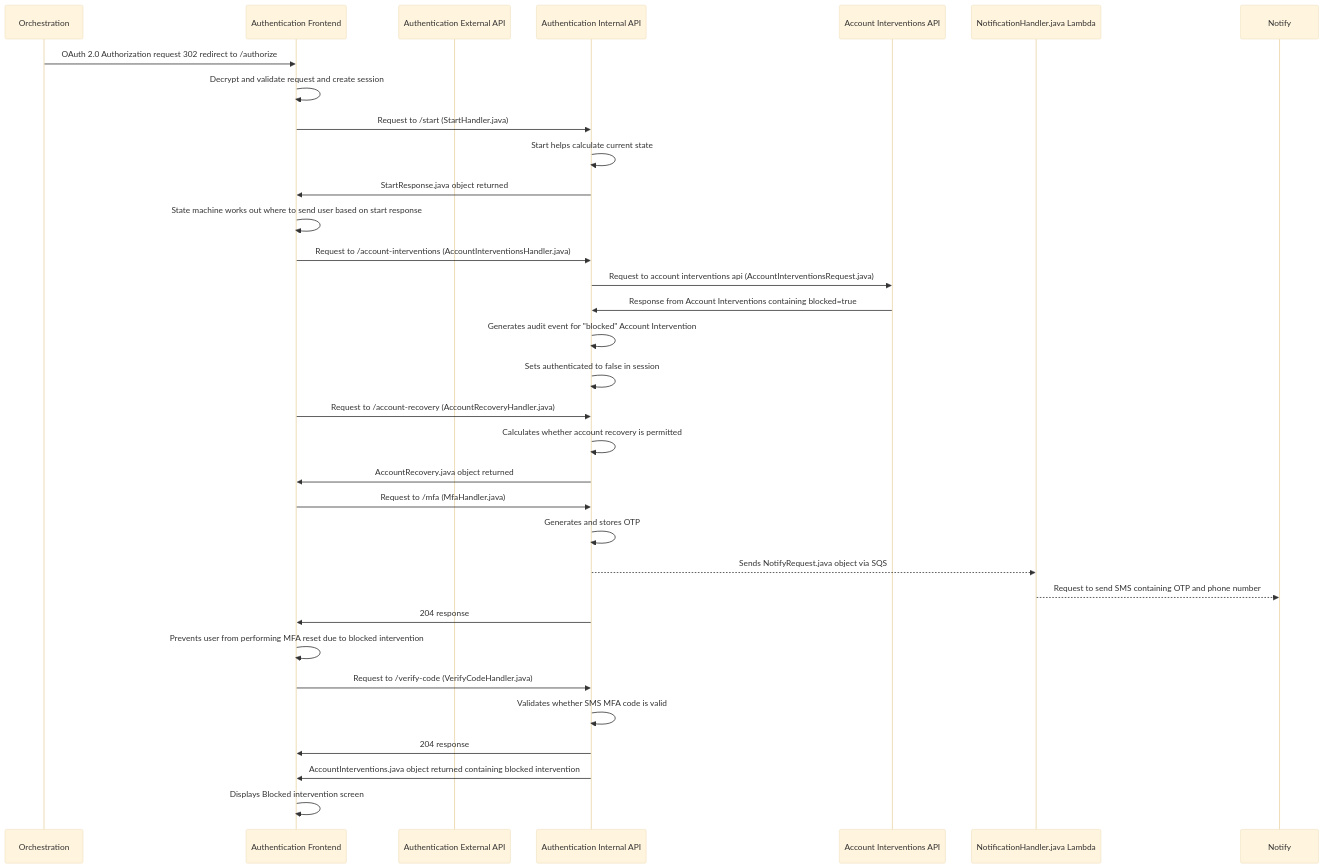
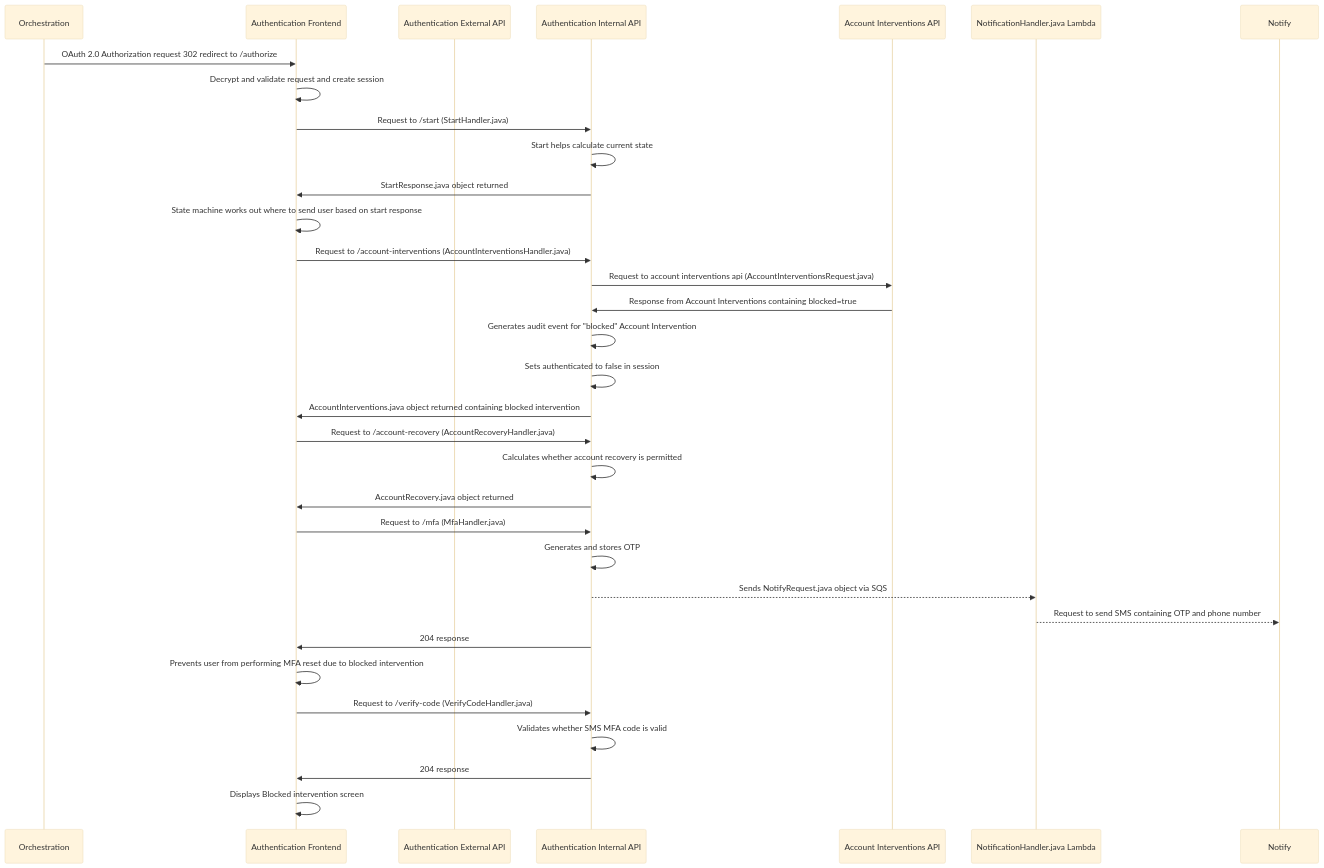
The diagram in docs/diagrams/authentication/login/account-interventions/uplift-sms/uplift-sms-blocked-intervention.mmd (govuk-one-login/authentication-api), drawn with Mermaid (base theme) before and after one commit. The commit also changed other lines of this file, not shown here.

Commit message:
BAU: Fix misplaced AccountInterventions response arrow in uplift-sms-blocked-intervention diagram

```diff
--- a/docs/diagrams/authentication/login/account-interventions/uplift-sms/uplift-sms-blocked-intervention.mmd
+++ b/docs/diagrams/authentication/login/account-interventions/uplift-sms/uplift-sms-blocked-intervention.mmd
@@ -1,33 +1,33 @@
 sequenceDiagram
     participant orch_api as Orchestration
     participant auth_frontend as Authentication Frontend
     participant auth_external_api as Authentication External API
     participant auth_internal_api as Authentication Internal API
     participant account_interventions as Account Interventions API
     participant notification_queue as NotificationHandler.java Lambda   
     participant notify as Notify   
     orch_api ->> auth_frontend : OAuth 2.0 Authorization request 302 redirect to /authorize
     auth_frontend ->> auth_frontend : Decrypt and validate request and create session    
     auth_frontend ->> auth_internal_api : Request to /start (StartHandler.java)
     auth_internal_api ->> auth_internal_api : Start helps calculate current state
     auth_internal_api ->> auth_frontend : StartResponse.java object returned
     auth_frontend ->> auth_frontend : State machine works out where to send user based on start response
     auth_frontend ->> auth_internal_api : Request to /account-interventions (AccountInterventionsHandler.java)
     auth_internal_api ->> account_interventions : Request to account interventions api (AccountInterventionsRequest.java)
     account_interventions ->> auth_internal_api : Response from Account Interventions containing blocked=true
     auth_internal_api ->> auth_internal_api : Generates audit event for "blocked" Account Intervention
     auth_internal_api ->> auth_internal_api : Sets authenticated to false in session
+    auth_internal_api ->> auth_frontend: AccountInterventions.java object returned containing blocked intervention
     auth_frontend ->> auth_internal_api : Request to /account-recovery (AccountRecoveryHandler.java)
     auth_internal_api ->> auth_internal_api : Calculates whether account recovery is permitted
     auth_internal_api ->> auth_frontend: AccountRecovery.java object returned
     auth_frontend ->> auth_internal_api : Request to /mfa (MfaHandler.java)
     auth_internal_api ->> auth_internal_api : Generates and stores OTP
     auth_internal_api -->> notification_queue : Sends NotifyRequest.java object via SQS
     notification_queue -->> notify : Request to send SMS containing OTP and phone number
     auth_internal_api ->> auth_frontend : 204 response 
     auth_frontend ->> auth_frontend: Prevents user from performing MFA reset due to blocked intervention
     auth_frontend ->> auth_internal_api : Request to /verify-code (VerifyCodeHandler.java)
     auth_internal_api ->> auth_internal_api : Validates whether SMS MFA code is valid
     auth_internal_api ->> auth_frontend: 204 response
-    auth_internal_api ->> auth_frontend: AccountInterventions.java object returned containing blocked intervention
     auth_frontend ->> auth_frontend : Displays Blocked intervention screen
```
